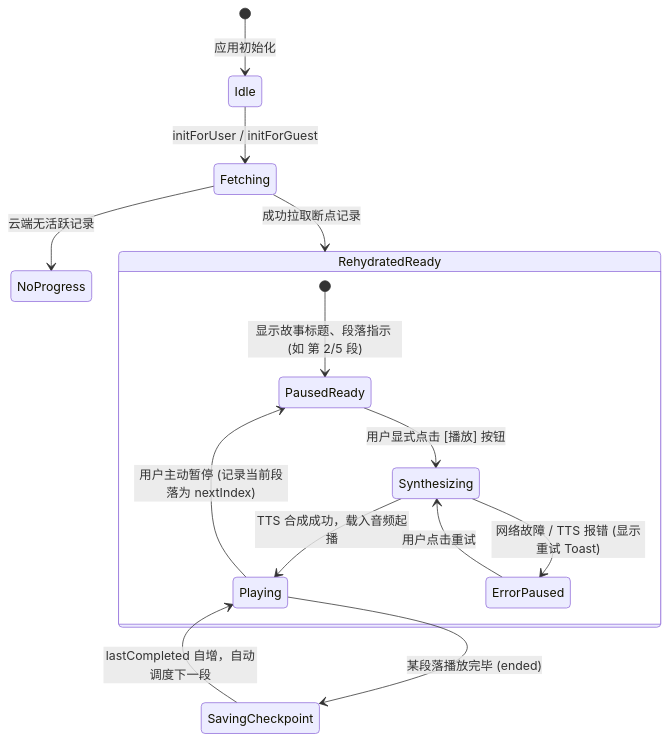
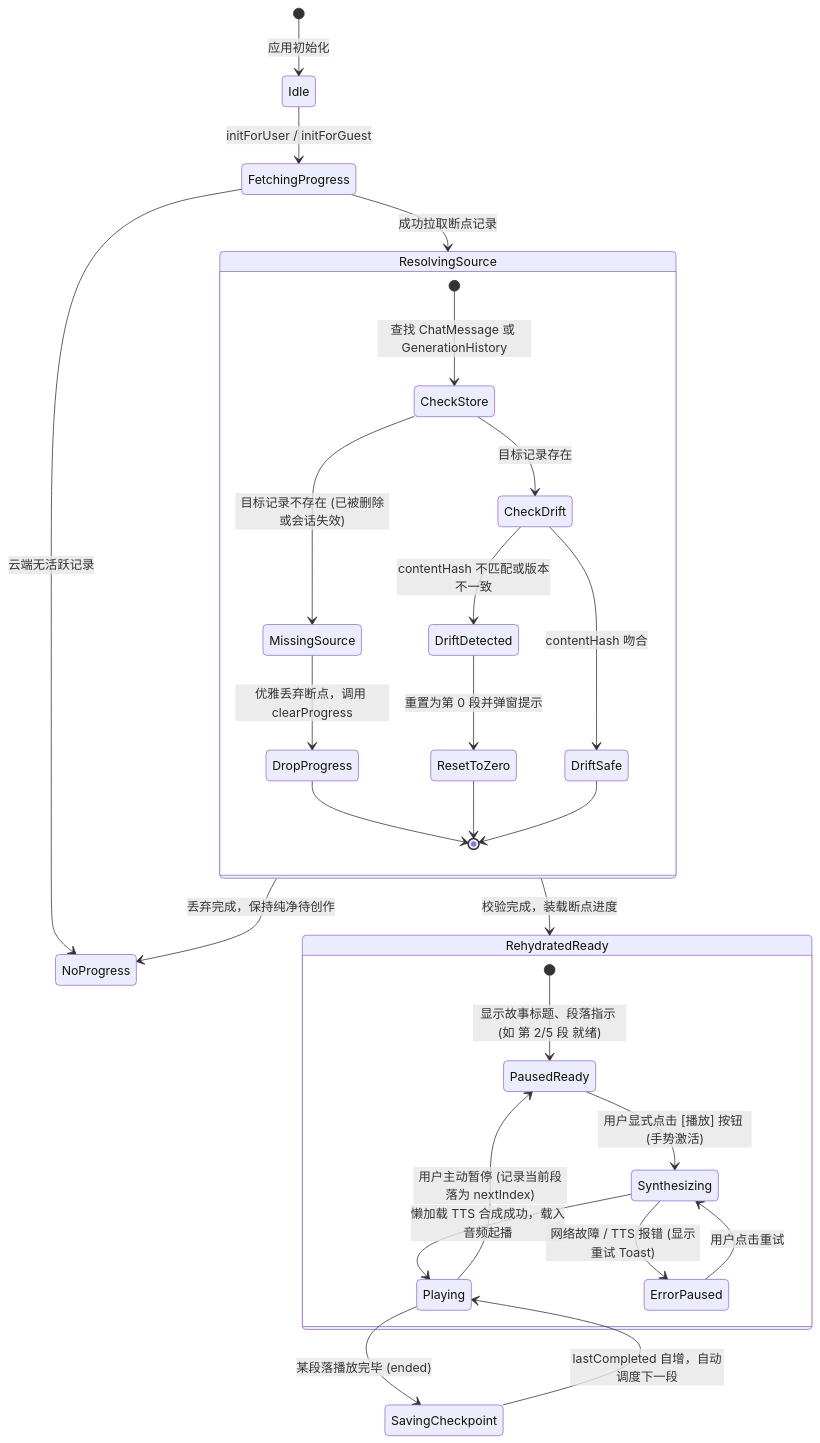
The third of 3 diagrams in docs/plans/2026-09-05-phase-2-paragraph-boundary-resume.md (ctxtub/audio-player-next), drawn with Mermaid before and after one commit. The commit also changed other lines of this file, not shown here.

````diff
--- a/docs/plans/2026-09-05-phase-2-paragraph-boundary-resume.md
+++ b/docs/plans/2026-09-05-phase-2-paragraph-boundary-resume.md
@@ -422,19 +504,36 @@
 ```mermaid
 stateDiagram-v2
     [*] --> Idle: 应用初始化
-    Idle --> Fetching: initForUser / initForGuest
-    Fetching --> NoProgress: 云端无活跃记录
-    Fetching --> RehydratedReady: 成功拉取断点记录
+    Idle --> FetchingProgress: initForUser / initForGuest
+    FetchingProgress --> NoProgress: 云端无活跃记录
+    FetchingProgress --> ResolvingSource: 成功拉取断点记录
+
+    state ResolvingSource {
+        [*] --> CheckStore: 查找 ChatMessage 或 GenerationHistory
+        CheckStore --> MissingSource: 目标记录不存在 (已被删除或会话失效)
+        CheckStore --> CheckDrift: 目标记录存在
+        MissingSource --> DropProgress: 优雅丢弃断点，调用 clearProgress
+        DropProgress --> [*]
+
+        CheckDrift --> DriftDetected: contentHash 不匹配或版本不一致
+        CheckDrift --> DriftSafe: contentHash 吻合
+        DriftDetected --> ResetToZero: 重置为第 0 段并弹窗提示
+        ResetToZero --> [*]
+        DriftSafe --> [*]
+    }
+
+    ResolvingSource --> NoProgress: 丢弃完成，保持纯净待创作
+    ResolvingSource --> RehydratedReady: 校验完成，装载断点进度
 
     state RehydratedReady {
-        [*] --> PausedReady: 显示故事标题、段落指示 (如 第 2/5 段)
-        PausedReady --> Synthesizing: 用户显式点击 [播放] 按钮
-        Synthesizing --> Playing: TTS 合成成功，载入音频起播
+        [*] --> PausedReady: 显示故事标题、段落指示 (如 第 2/5 段 就绪)
+        PausedReady --> Synthesizing: 用户显式点击 [播放] 按钮 (手势激活)
+        Synthesizing --> Playing: 懒加载 TTS 合成成功，载入音频起播
         Synthesizing --> ErrorPaused: 网络故障 / TTS 报错 (显示重试 Toast)
         ErrorPaused --> Synthesizing: 用户点击重试
     }
 
     Playing --> SavingCheckpoint: 某段落播放完毕 (ended)
     SavingCheckpoint --> Playing: lastCompleted 自增，自动调度下一段
     Playing --> PausedReady: 用户主动暂停 (记录当前段落为 nextIndex)
 ```
````
